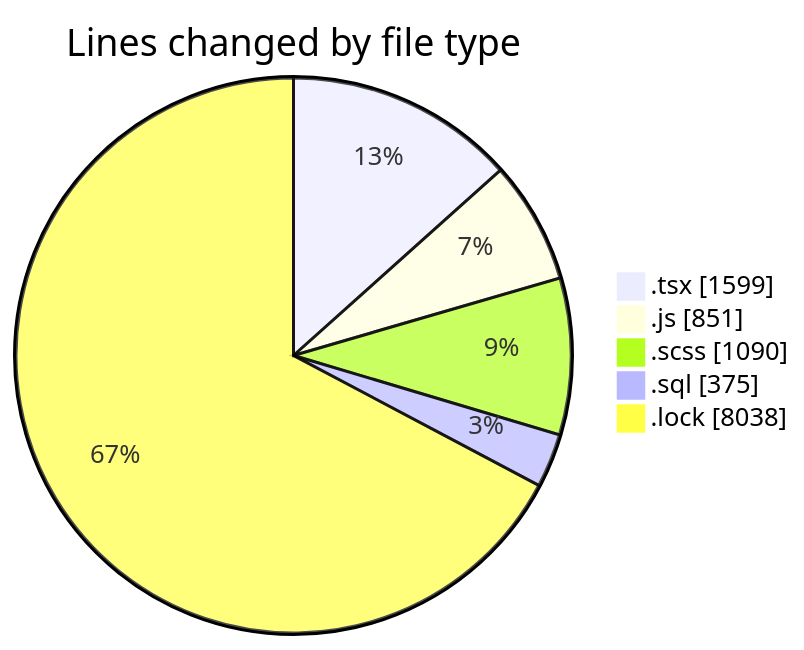
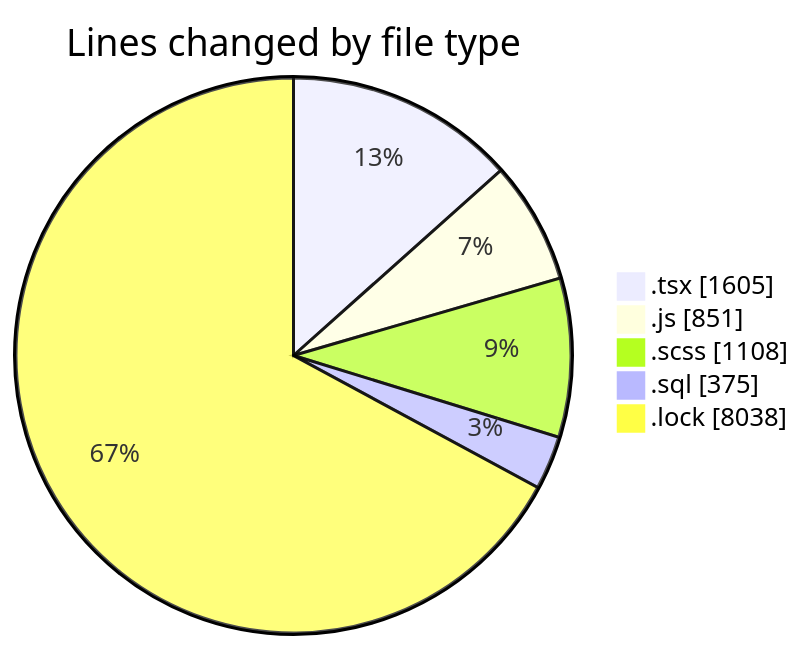
The first of 2 diagrams in 2025-03-18/cda/README.md (momahboobian/code-tracking), drawn with Mermaid before and after one commit. The commit also changed other lines of this file and 1 other file, not shown here.

````diff
--- a/2025-03-18/cda/README.md
+++ b/2025-03-18/cda/README.md
@@ -32,9 +32,9 @@
 ```mermaid
 pie showData
 title Lines changed by file type
-".tsx" : 1599
+".tsx" : 1605
 ".js" : 851
-".scss" : 1090
+".scss" : 1108
 ".sql" : 375
 ".lock" : 8038
 ```
````
